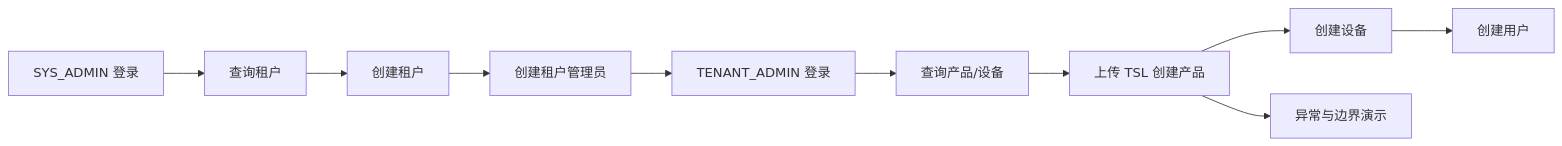
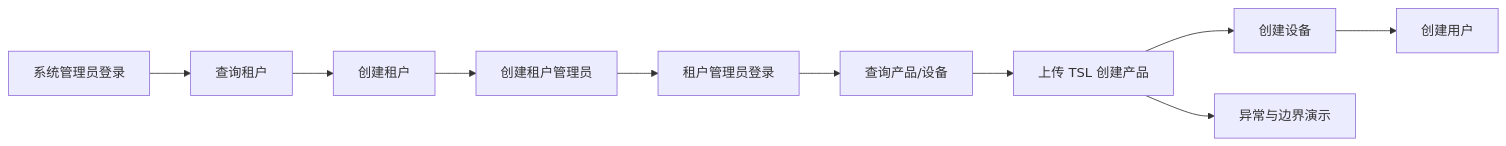
One commit to beancookie/thingsboard changed the diagram in docs/12-AI-Agent操作演示.md. Above: the diagram before and after it, drawn with Mermaid. The commit also changed other lines of this file and 81 other files, not shown here.

````diff
--- a/docs/12-AI-Agent操作演示.md
+++ b/docs/12-AI-Agent操作演示.md
@@ -79,12 +79,12 @@
 ```mermaid
 flowchart LR
-  A[SYS_ADMIN 登录] --> B[查询租户]
+  A[系统管理员登录] --> B[查询租户]
   B --> C[创建租户]
   C --> D[创建租户管理员]
-  D --> E[TENANT_ADMIN 登录]
+  D --> E[租户管理员登录]
   E --> F[查询产品/设备]
   F --> G[上传 TSL 创建产品]
   G --> H[创建设备]
   H --> I[创建用户]
   G --> J[异常与边界演示]
 ```
````
